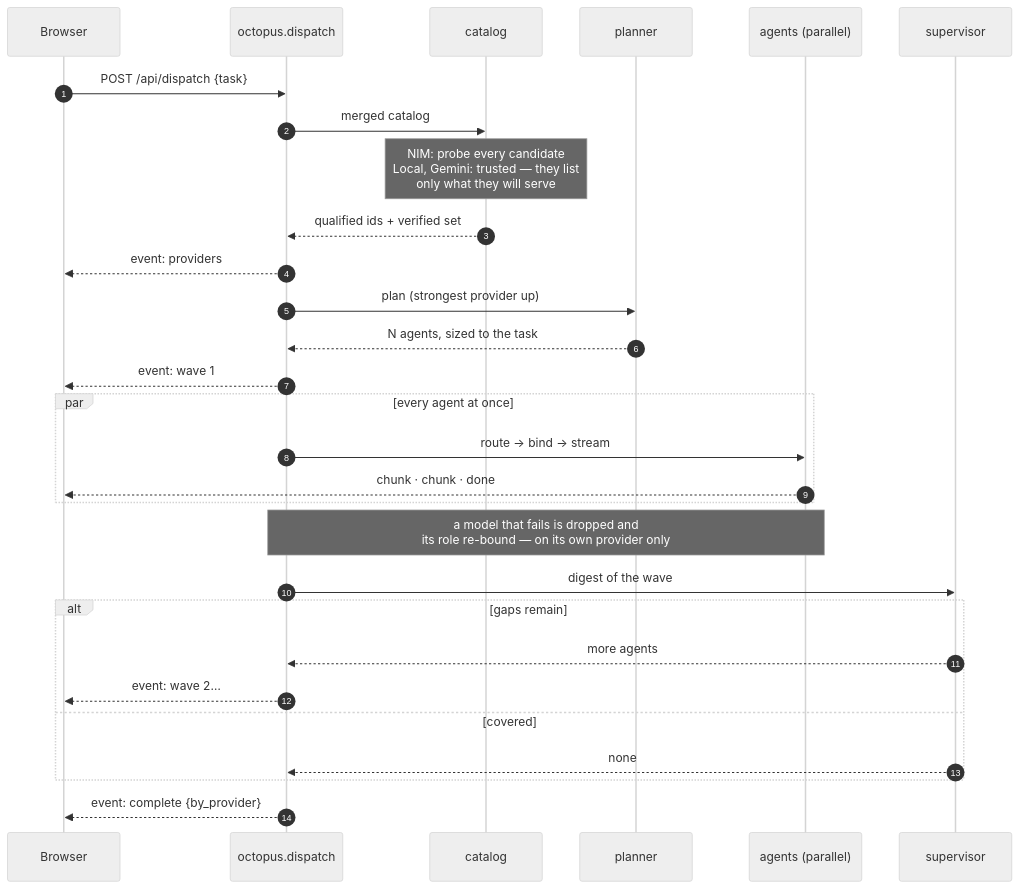
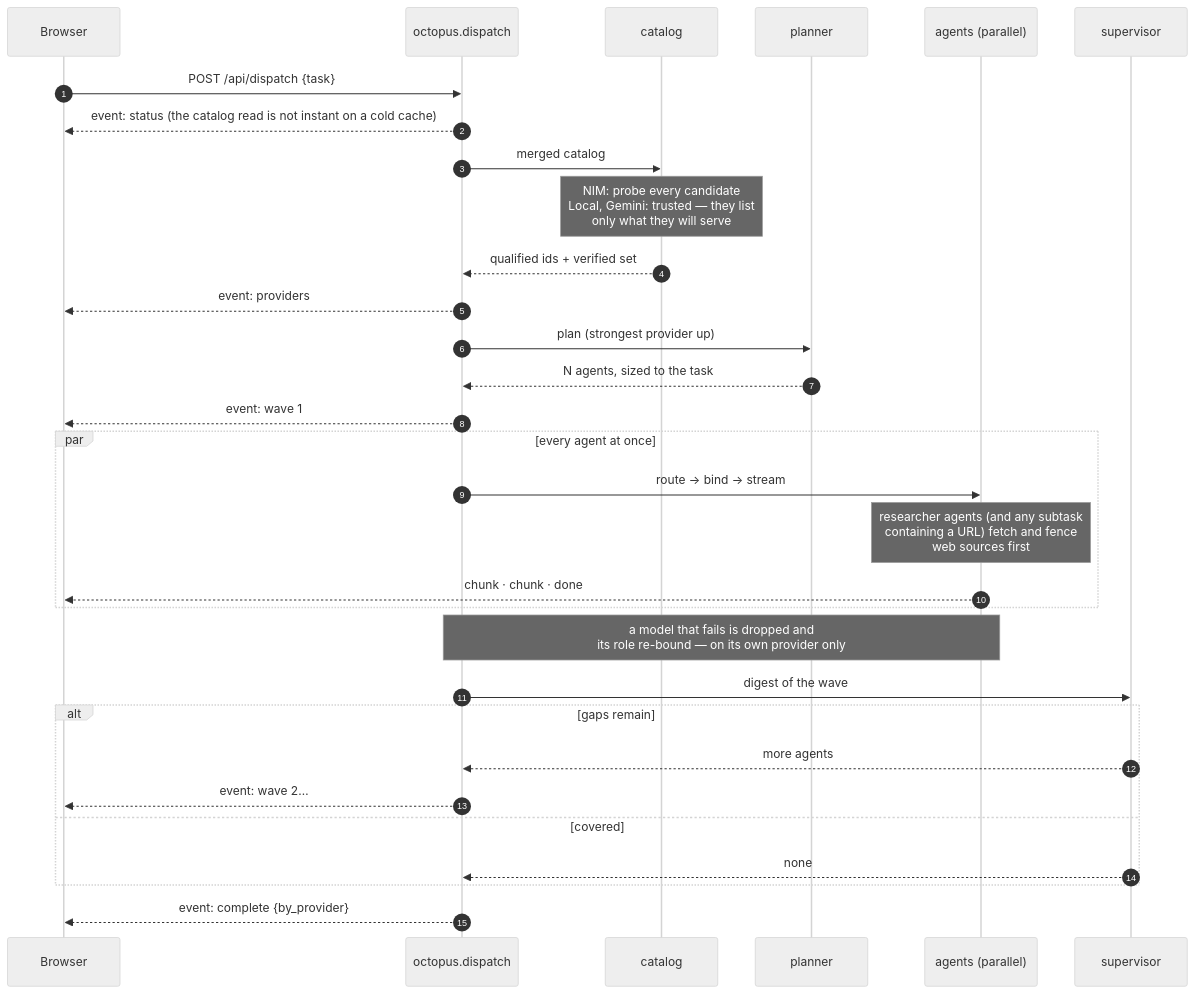
Before and after one commit to Bablu-singh/octopus-nim: the third of 5 diagrams in docs/ARCHITECTURE.md, drawn with Mermaid (neutral theme). The commit also changed other lines of this file and 3 other files, not shown here.

````diff
--- a/docs/ARCHITECTURE.md
+++ b/docs/ARCHITECTURE.md
@@ -112,36 +120,38 @@
 ```mermaid
 sequenceDiagram
     autonumber
     participant U as Browser
     participant O as octopus.dispatch
     participant C as catalog
     participant P as planner
     participant A as agents (parallel)
     participant S as supervisor
 
     U->>O: POST /api/dispatch {task}
+    O-->>U: event: status (the catalog read is not instant on a cold cache)
     O->>C: merged catalog
     Note over C: NIM: probe every candidate<br/>Local, Gemini: trusted — they list<br/>only what they will serve
     C-->>O: qualified ids + verified set
     O-->>U: event: providers
 
     O->>P: plan (strongest provider up)
     P-->>O: N agents, sized to the task
     O-->>U: event: wave 1
 
     par every agent at once
         O->>A: route → bind → stream
+        Note over A: researcher agents (and any subtask<br/>containing a URL) fetch and fence<br/>web sources first
         A-->>U: chunk · chunk · done
     end
 
     Note over O,A: a model that fails is dropped and<br/>its role re-bound — on its own provider only
 
     O->>S: digest of the wave
     alt gaps remain
         S-->>O: more agents
         O-->>U: event: wave 2…
     else covered
         S-->>O: none
     end
     O-->>U: event: complete {by_provider}
 ```
````
